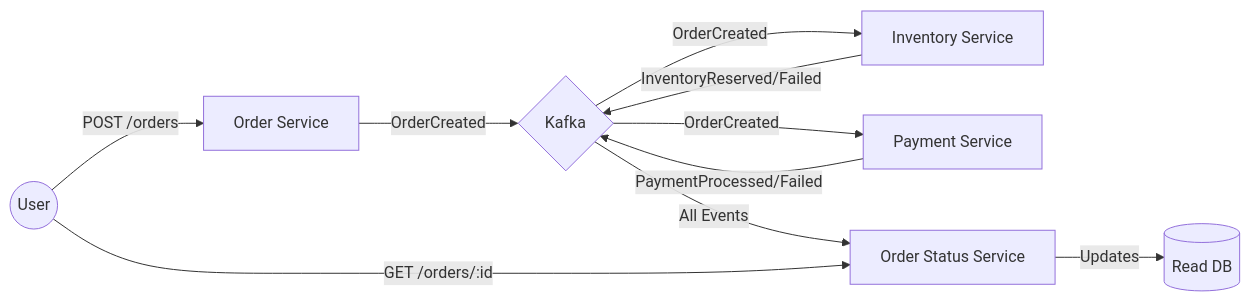
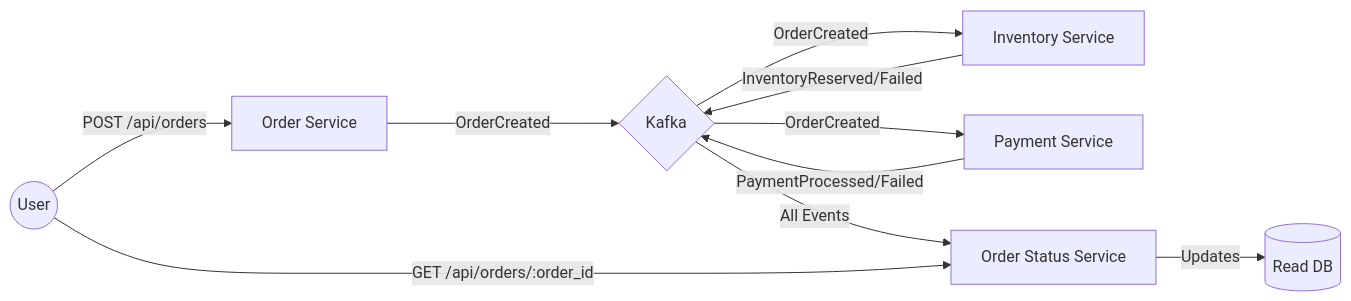
Before and after one commit to MouliSaiDeep/event-driven-order-processing-system: the diagram in README.md, drawn with Mermaid. The commit also changed other lines of this file and 4 other files, not shown here.

````diff
--- a/README.md
+++ b/README.md
@@ -32,16 +32,16 @@
 ```mermaid
 graph LR
-    User((User)) -->|POST /orders| OS[Order Service]
+  User((User)) -->|POST /api/orders| OS[Order Service]
     OS -->|OrderCreated| Kafka{Kafka}
 
     Kafka -->|OrderCreated| IS[Inventory Service]
     Kafka -->|OrderCreated| PS[Payment Service]
 
     IS -->|InventoryReserved/Failed| Kafka
     PS -->|PaymentProcessed/Failed| Kafka
 
     Kafka -->|All Events| OSS[Order Status Service]
     OSS -->|Updates| DB[(Read DB)]
 
-    User -->|GET /orders/:id| OSS
+    User -->|GET /api/orders/:order_id| OSS
 ```
````
